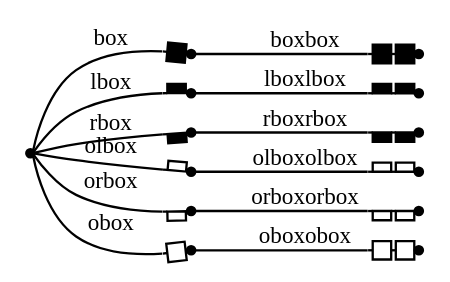
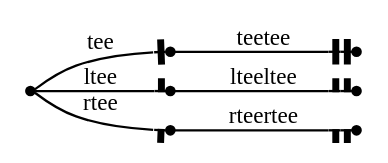
One commit to graphviz-perl/GraphViz2-Marpa-PathUtils changed the diagram in out/clusters.out.08.007.gv. Above: the diagram before and after it, drawn with Graphviz. The commit also changed 47 other files, not shown here.

```diff
--- a/out/clusters.out.08.007.gv
+++ b/out/clusters.out.08.007.gv
@@ -1,19 +1,13 @@
 digraph G
 {
 	graph[rankdir = "LR" nodesep = "0"]
 	node[shape = "point" label = ""]
 	edge[fontsize = "10"]
-	_box -> box[arrowhead = "box" label = "box"]
-	box -> boxbox[arrowhead = "boxbox" label = "boxbox"]
-	_box -> lbox[arrowhead = "lbox" label = "lbox"]
-	lbox -> lboxlbox[arrowhead = "lboxlbox" label = "lboxlbox"]
-	_box -> rbox[arrowhead = "rbox" label = "rbox"]
-	rbox -> rboxrbox[arrowhead = "rboxrbox" label = "rboxrbox"]
-	_box -> olbox[arrowhead = "olbox" label = "olbox"]
-	olbox -> olboxolbox[arrowhead = "olboxolbox" label = "olboxolbox"]
-	_box -> orbox[arrowhead = "orbox" label = "orbox"]
-	orbox -> orboxorbox[arrowhead = "orboxorbox" label = "orboxorbox"]
-	_box -> obox[arrowhead = "obox" label = "obox"]
-	obox -> oboxobox[arrowhead = "oboxobox" label = "oboxobox"]
+	_tee -> tee[arrowhead = "tee" label = "tee"]
+	tee -> teetee[arrowhead = "teetee" label = "teetee"]
+	_tee -> ltee[arrowhead = "ltee" label = "ltee"]
+	ltee -> lteeltee[arrowhead = "lteeltee" label = "lteeltee"]
+	_tee -> rtee[arrowhead = "rtee" label = "rtee"]
+	rtee -> rteertee[arrowhead = "rteertee" label = "rteertee"]
 
 }
```
